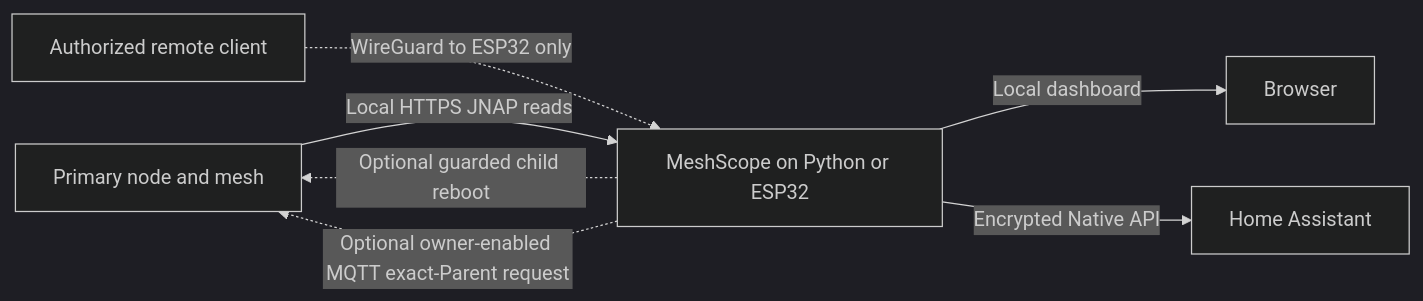
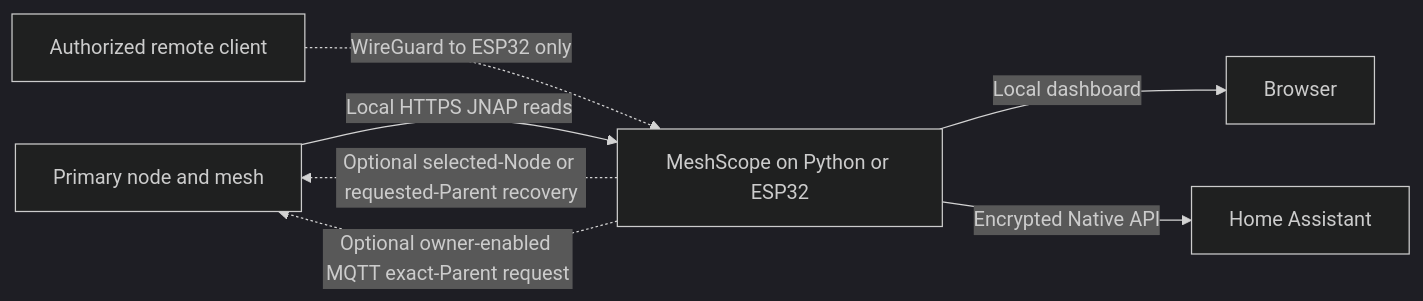
Before and after one commit to chinawrj/linksys-meshscope: the first of 2 diagrams in README.md, drawn with Mermaid (dark theme). The commit also changed other lines of this file and 20 other files, not shown here.

````diff
--- a/README.md
+++ b/README.md
@@ -73,9 +71,9 @@
 ```mermaid
 flowchart LR
     Linksys["Primary node and mesh"] -->|"Local HTTPS JNAP reads"| Engine["MeshScope on Python or ESP32"]
     Engine -->|"Local dashboard"| Browser["Browser"]
     Engine -->|"Encrypted Native API"| HA["Home Assistant"]
     Remote["Authorized remote client"] -.->|"WireGuard to ESP32 only"| Engine
-    Engine -.->|"Optional guarded child reboot"| Linksys
+    Engine -.->|"Optional selected-Node or requested-Parent recovery"| Linksys
     Engine -.->|"Optional owner-enabled MQTT exact-Parent request"| Linksys
 ```
````
